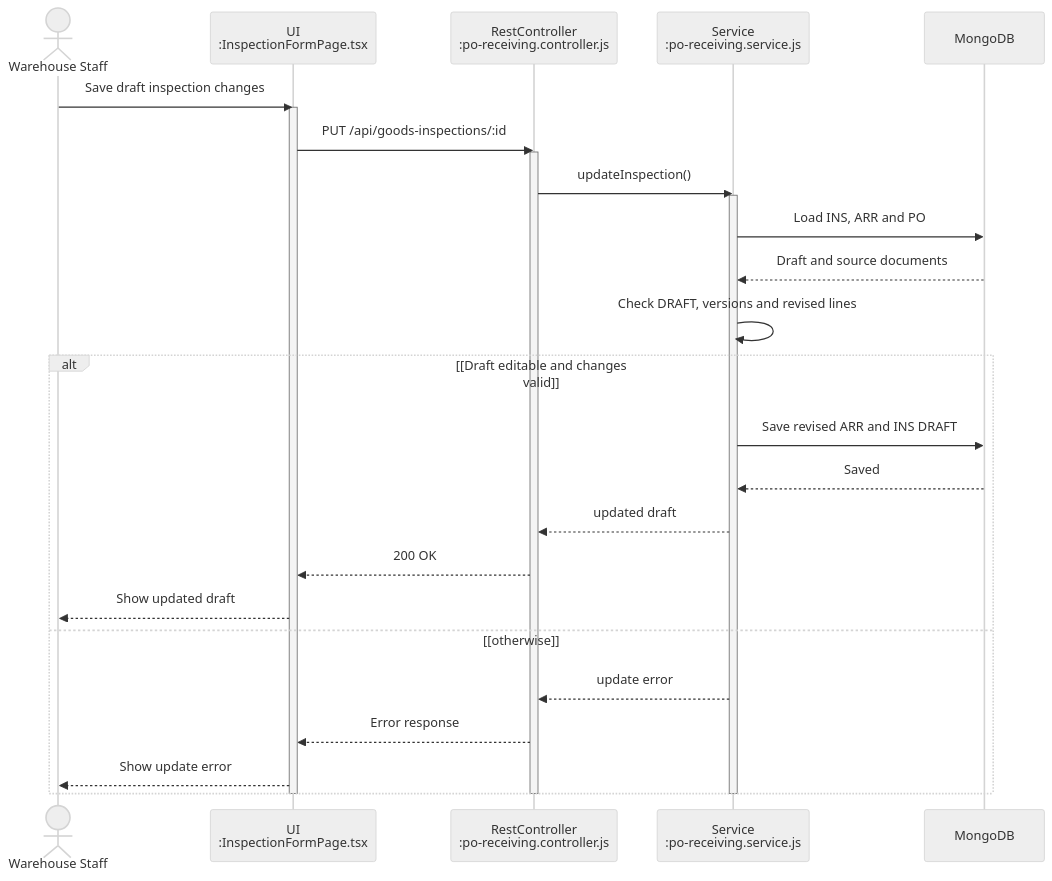
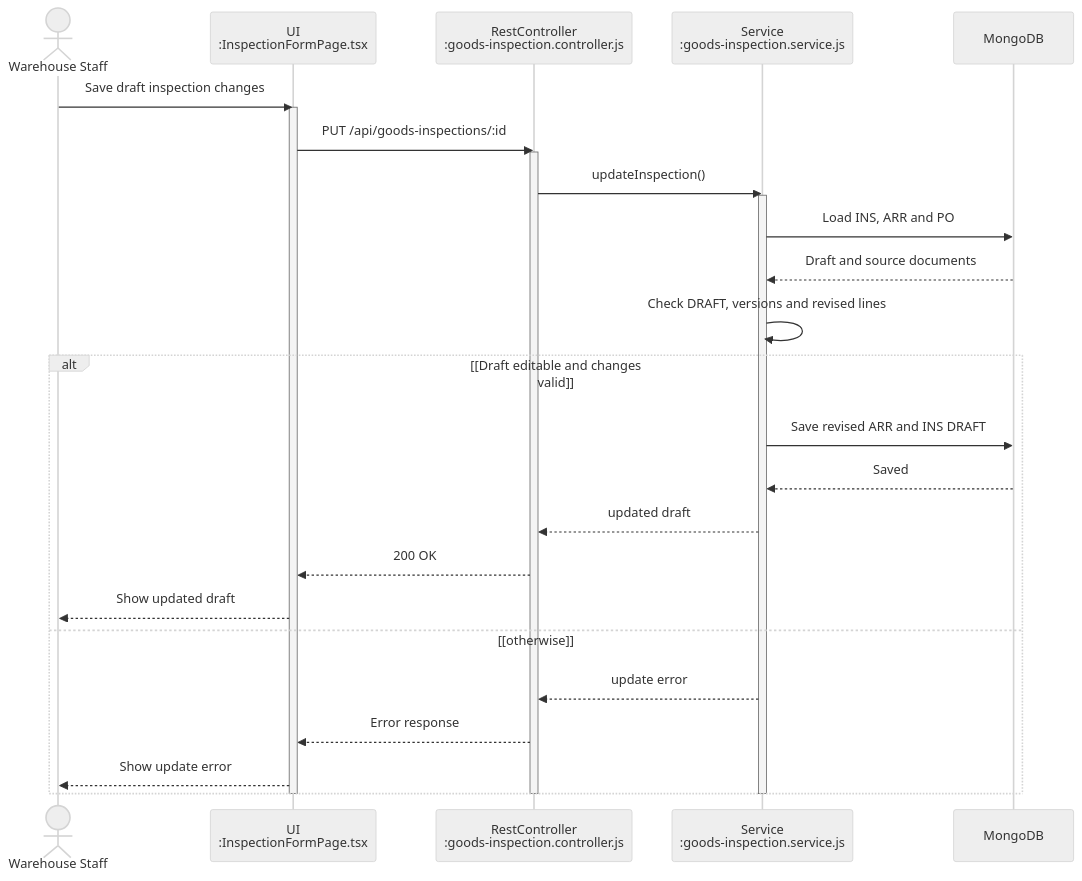
Diagram 18 of 46 in git_doc/docs/01_bao_cao/WMSD_Report4_Draft.md (bupbalabup/wmsd_be), drawn with Mermaid (neutral theme) before and after one commit. The commit also changed other lines of this file and 29 other files, not shown here.

````diff
--- a/git_doc/docs/01_bao_cao/WMSD_Report4_Draft.md
+++ b/git_doc/docs/01_bao_cao/WMSD_Report4_Draft.md
@@ -1305,31 +1302,31 @@
 ```mermaid
 sequenceDiagram
   actor X as Warehouse Staff
   participant U as UI<br/>:InspectionFormPage.tsx
-  participant A as RestController<br/>:po-receiving.controller.js
-  participant S as Service<br/>:po-receiving.service.js
+  participant A as RestController<br/>:goods-inspection.controller.js
+  participant S as Service<br/>:goods-inspection.service.js
   participant D as MongoDB
   X->>U: Save draft inspection changes
   activate U
   U->>A: PUT /api/goods-inspections/:id
   activate A
   A->>S: updateInspection()
   activate S
   S->>D: Load INS, ARR and PO
   D-->>S: Draft and source documents
   S->>S: Check DRAFT, versions and revised lines
   alt [Draft editable and changes valid]
     S->>D: Save revised ARR and INS DRAFT
     D-->>S: Saved
     S-->>A: updated draft
     A-->>U: 200 OK
     U-->>X: Show updated draft
   else [otherwise]
     S-->>A: update error
     A-->>U: Error response
     U-->>X: Show update error
   end
   deactivate S
   deactivate A
   deactivate U
 ```
````
